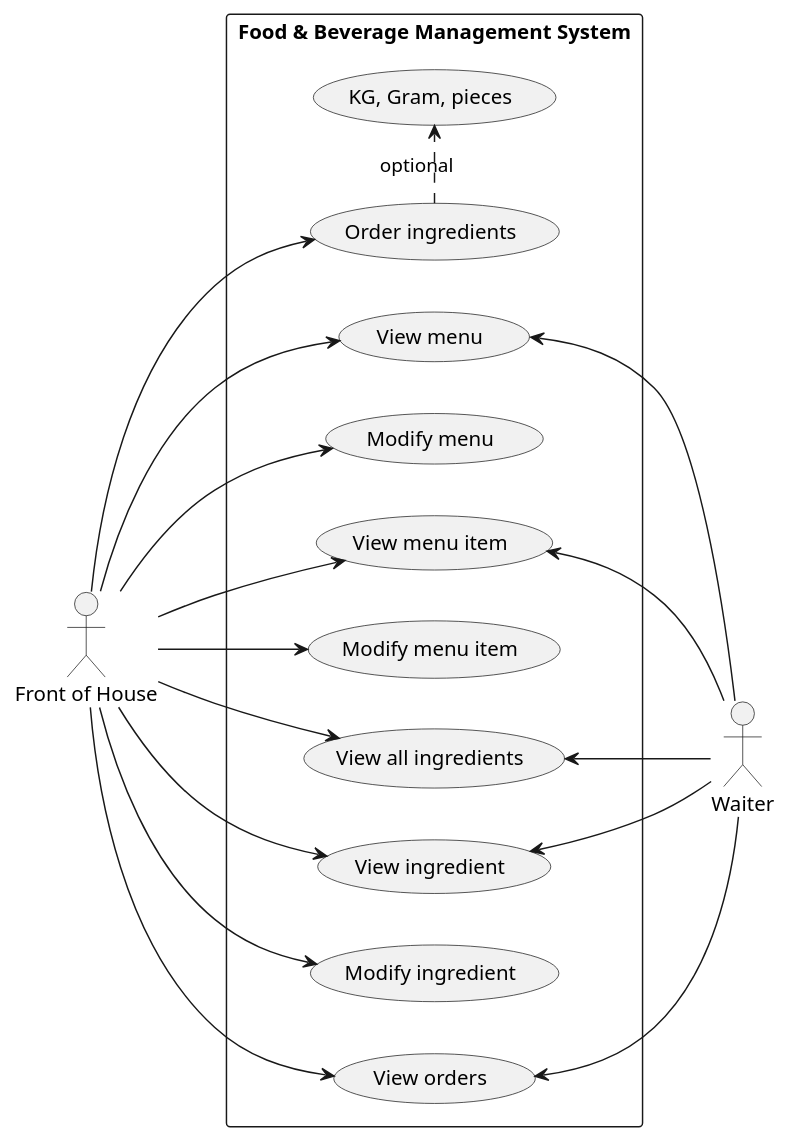
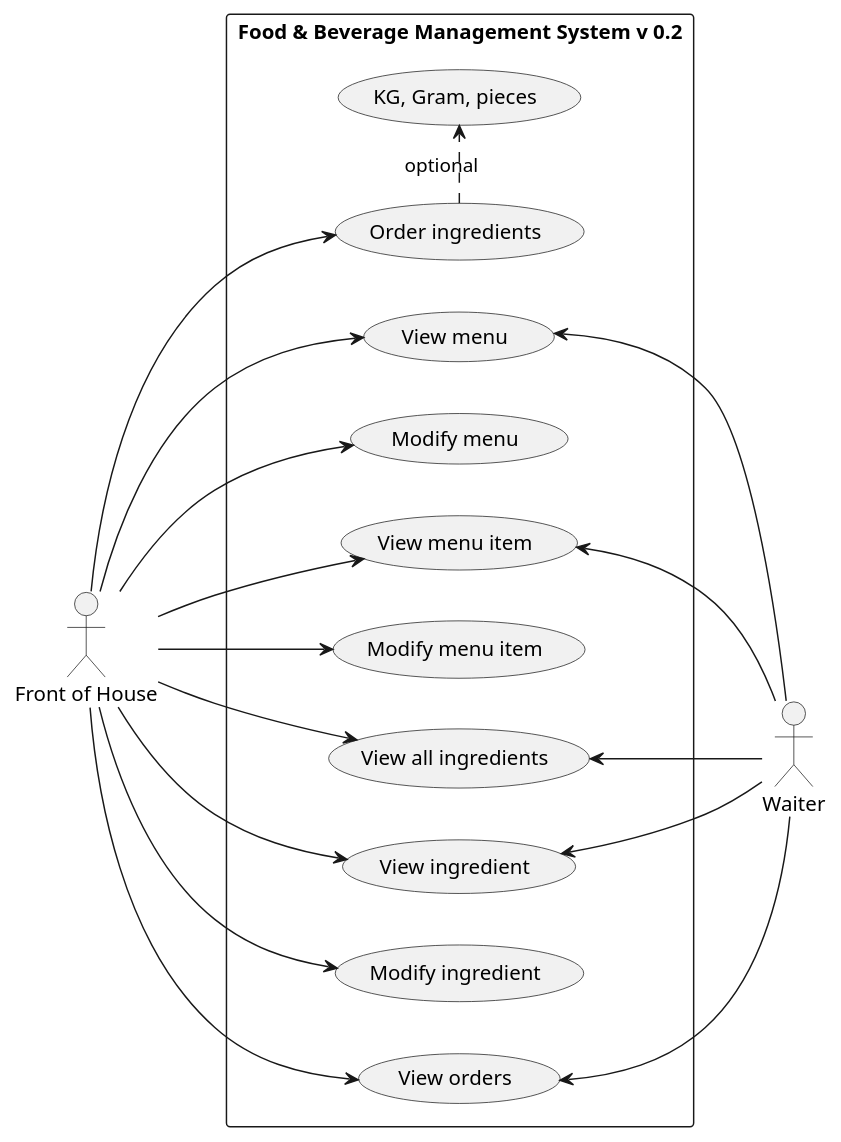
The diagram in src/main/docs/uml/use-case/restaurant/bar.puml (mrjink/molveno), drawn with PlantUML before and after one commit. The commit also changed 6 other files, not shown here.

```diff
--- a/src/main/docs/uml/use-case/restaurant/bar.puml
+++ b/src/main/docs/uml/use-case/restaurant/bar.puml
@@ -1,42 +1,41 @@
 @startuml
 
 left to right direction
 
 actor "Front of House" as FoH
 actor Waiter
 
-rectangle "Food & Beverage Management System" {
+rectangle "Food & Beverage Management System v 0.2" {
     (View menu) as (MenuView)
     (Modify menu) as (MenuUpdate)
 
     (View menu item) as (MenuItemView)
     (Modify menu item) as (MenuItemUpdate)
 
     (View all ingredients) as (IngredientAll)
     (View ingredient) as (IngredientView)
     (Modify ingredient) as (IngredientUpdate)
     (Order ingredients) as (IngredientOrder)
     (View orders) as (BarOrderView)
     (KG, Gram, pieces) as (IngredientQuantity)
-
     (IngredientOrder) .> (IngredientQuantity) : optional
 
     FoH --> (MenuView)
     FoH --> (MenuUpdate)
     FoH --> (MenuItemView)
     FoH --> (MenuItemUpdate)
 
     FoH --> (IngredientAll)
     FoH --> (IngredientView)
     FoH --> (IngredientUpdate)
     FoH --> (IngredientOrder)
     FoH --> (BarOrderView)
 
     (MenuView) <-- Waiter
     (MenuItemView) <-- Waiter
     (IngredientAll) <-- Waiter
     (IngredientView) <-- Waiter
     (BarOrderView) <-- Waiter
 }
 
 @enduml
```
